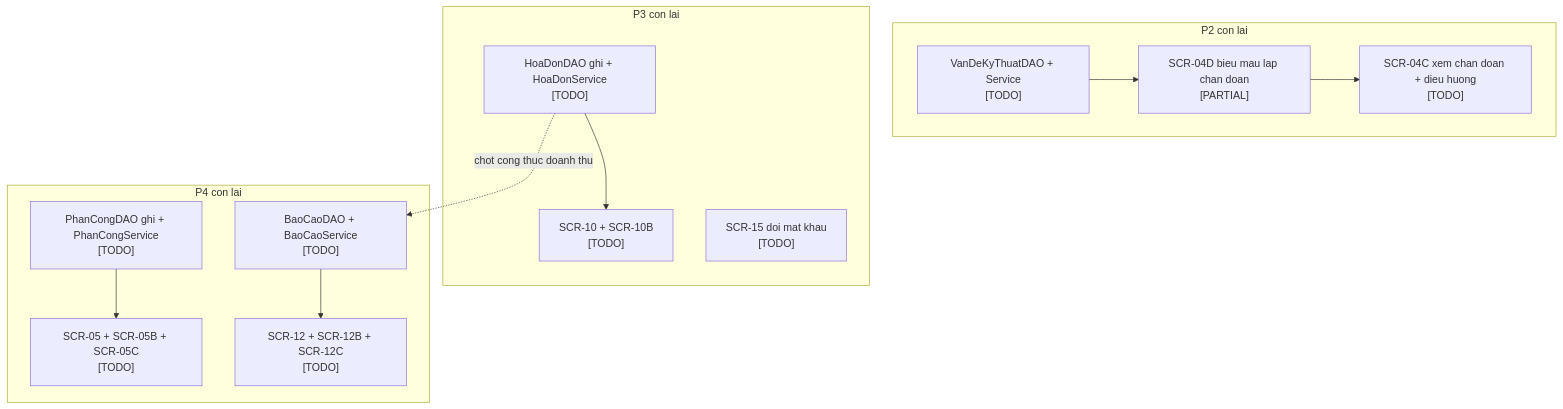
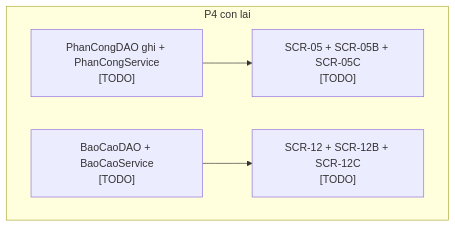
The eighth of 10 diagrams in assets/tasks/DGRAPH.md (MaiTheHao/iuh-fall2026-ptud), drawn with Mermaid before and after one commit. The commit also changed other lines of this file and 3 other files, not shown here.

````diff
--- a/assets/tasks/DGRAPH.md
+++ b/assets/tasks/DGRAPH.md
@@ -245,27 +246,11 @@
 ```mermaid
 flowchart TD
-    subgraph sgP2["P2 con lai"]
-        p2a["VanDeKyThuatDAO + Service<br/>[TODO]"]
-        p2b["SCR-04D bieu mau lap chan doan<br/>[PARTIAL]"]
-        p2c["SCR-04C xem chan doan + dieu huong<br/>[TODO]"]
-        p2a --> p2b --> p2c
-    end
-
-    subgraph sgP3["P3 con lai"]
-        p3a["HoaDonDAO ghi + HoaDonService<br/>[TODO]"]
-        p3b["SCR-10 + SCR-10B<br/>[TODO]"]
-        p3c["SCR-15 doi mat khau<br/>[TODO]"]
-        p3a --> p3b
-    end
-
     subgraph sgP4["P4 con lai"]
         p4a["PhanCongDAO ghi + PhanCongService<br/>[TODO]"]
         p4b["SCR-05 + SCR-05B + SCR-05C<br/>[TODO]"]
         p4c["BaoCaoDAO + BaoCaoService<br/>[TODO]"]
         p4d["SCR-12 + SCR-12B + SCR-12C<br/>[TODO]"]
         p4a --> p4b
         p4c --> p4d
     end
-
-    p3a -.->|"chot cong thuc doanh thu"| p4c
 ```
````
